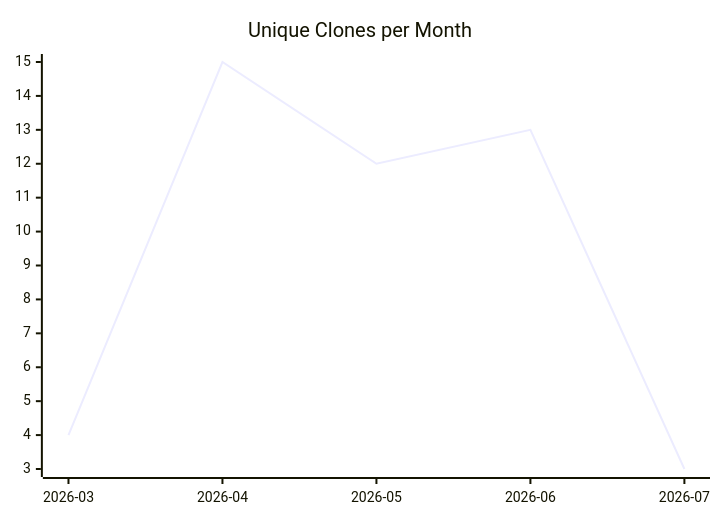
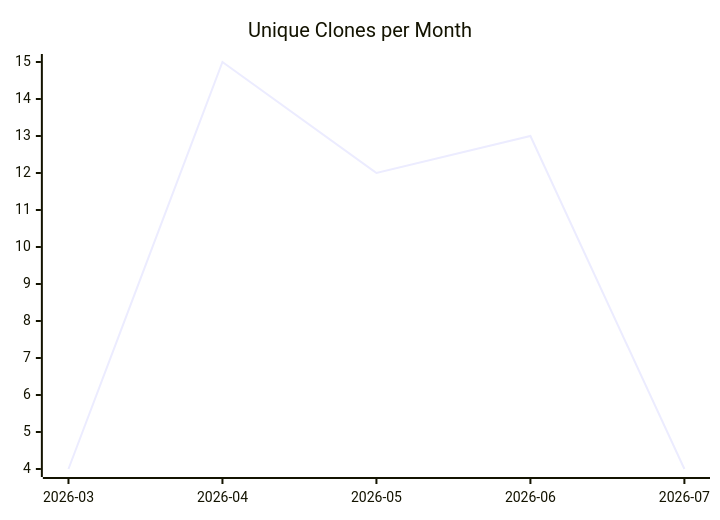
One commit to justdavis-family/github-analytics-data changed the third of 3 diagrams in karlmdavis/ansible-role-bind-dns/README.md. Above: the diagram before and after it, drawn with Mermaid. The commit also changed other lines of this file and 184 other files, not shown here.

````diff
--- a/karlmdavis/ansible-role-bind-dns/README.md
+++ b/karlmdavis/ansible-role-bind-dns/README.md
@@ -19,6 +19,6 @@
 ```mermaid
 xychart-beta
   title "Unique Clones per Month"
   x-axis ["2026-03", "2026-04", "2026-05", "2026-06", "2026-07"]
-  line [4, 15, 12, 13, 3]
+  line [4, 15, 12, 13, 4]
 ```
````
